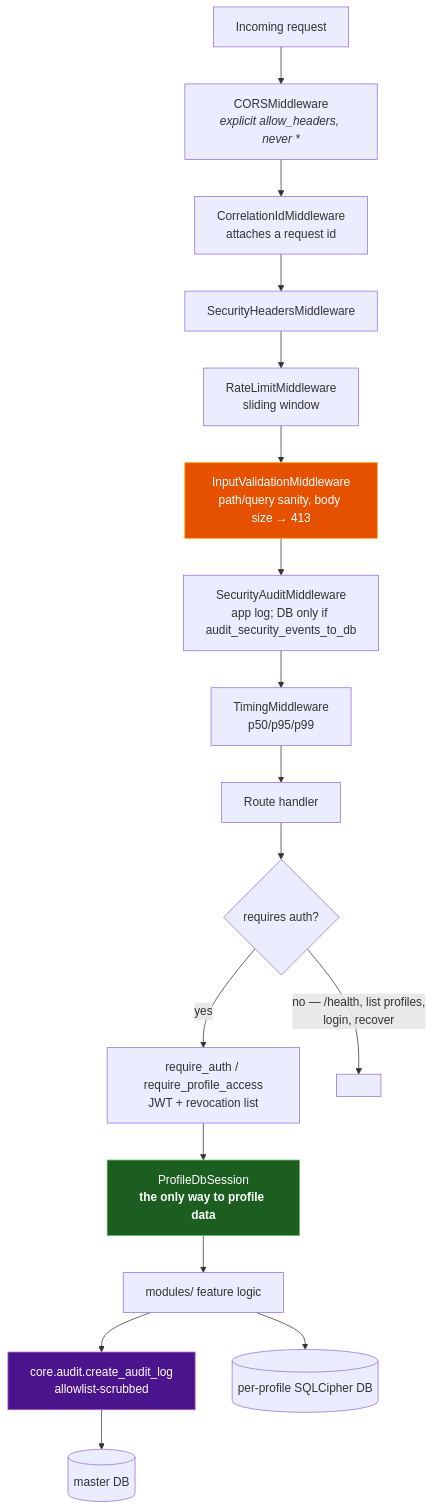
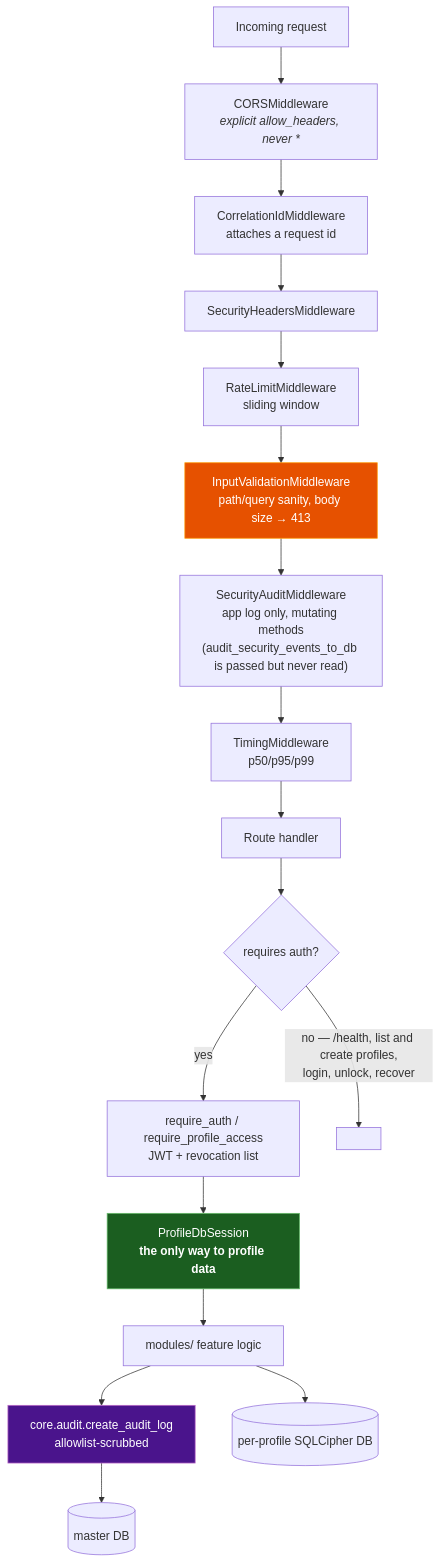
Before and after one commit to BrooklynD23/HealthCentral: the first of 4 diagrams in docs/architecture/backend.md, drawn with Mermaid. The commit also changed other lines of this file and 20 other files, not shown here.

````diff
--- a/docs/architecture/backend.md
+++ b/docs/architecture/backend.md
@@ -18,25 +19,25 @@
 ```mermaid
 flowchart TD
     REQ["Incoming request"] --> CORS["CORSMiddleware<br/><i>explicit allow_headers, never *</i>"]
     CORS --> CID["CorrelationIdMiddleware<br/>attaches a request id"]
     CID --> SEC["SecurityHeadersMiddleware"]
     SEC --> RATE["RateLimitMiddleware<br/>sliding window"]
     RATE --> VAL["InputValidationMiddleware<br/>path/query sanity, body size → 413"]
-    VAL --> AUD["SecurityAuditMiddleware<br/>app log; DB only if audit_security_events_to_db"]
+    VAL --> AUD["SecurityAuditMiddleware<br/>app log only, mutating methods<br/>(audit_security_events_to_db is passed but never read)"]
     AUD --> TIME["TimingMiddleware<br/>p50/p95/p99"]
     TIME --> ROUTE["Route handler"]
 
     ROUTE --> AUTH{"requires auth?"}
     AUTH -->|yes| JWT["require_auth / require_profile_access<br/>JWT + revocation list"]
-    AUTH -->|"no — /health, list profiles,<br/>login, recover"| SKIP[" "]
+    AUTH -->|"no — /health, list and create profiles,<br/>login, unlock, recover"| SKIP[" "]
     JWT --> PDB["ProfileDbSession<br/><b>the only way to profile data</b>"]
 
     PDB --> WORK["modules/ feature logic"]
     WORK --> AUDROW["core.audit.create_audit_log<br/>allowlist-scrubbed"]
     AUDROW --> MASTER[("master DB")]
     WORK --> VAULTDB[("per-profile SQLCipher DB")]
 
     style VAL fill:#e65100,stroke:#ff9800,color:#fff
     style PDB fill:#1b5e20,stroke:#66bb6a,color:#fff
     style AUDROW fill:#4a148c,stroke:#ba68c8,color:#fff
 ```
````
